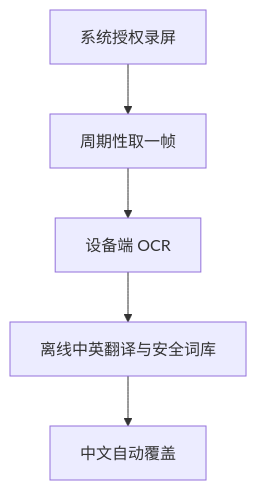
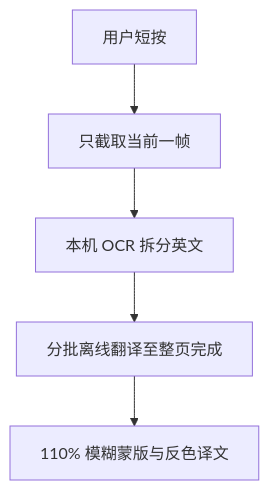
One commit to hjf561503-dot/ScreenSecTranslator changed the diagram in README.md. Above: the diagram before and after it, drawn with Mermaid. The commit also changed other lines of this file and 10 other files, not shown here.

````diff
--- a/README.md
+++ b/README.md
@@ -52,7 +24,7 @@
 ```mermaid
 flowchart TD
-    A[系统授权录屏] --> B[周期性取一帧]
-    B --> C[设备端 OCR]
-    C --> D[离线中英翻译与安全词库]
-    D --> E[中文自动覆盖]
+    A[用户短按] --> B[只截取当前一帧]
+    B --> C[本机 OCR 拆分英文]
+    C --> D[分批离线翻译至整页完成]
+    D --> E[110% 模糊蒙版与反色译文]
 ```
````
